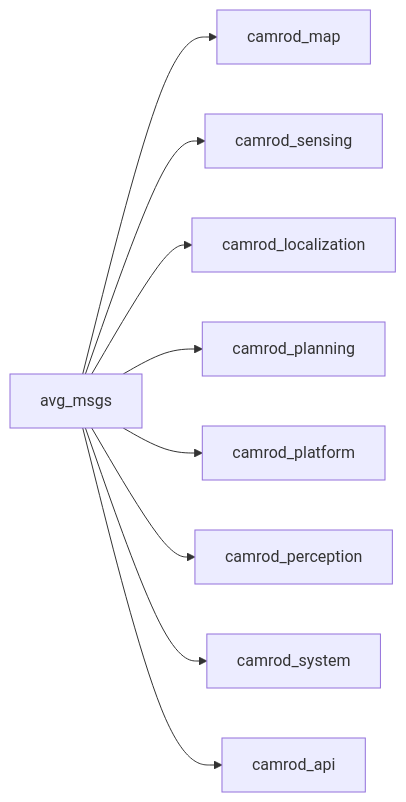
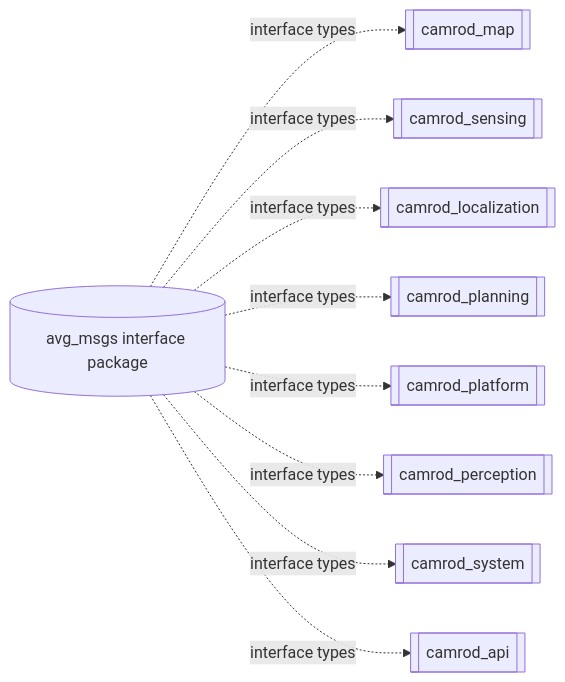
Before and after one commit to hwanhonglee/CAMROD: the second of 2 diagrams in camrod_common/avg_msgs/README.md, drawn with Mermaid. The commit also changed other lines of this file and 13 other files, not shown here.

Commit message:
docs(readme): clarify diagram semantics and avg_msgs interface-only role

````diff
--- a/camrod_common/avg_msgs/README.md
+++ b/camrod_common/avg_msgs/README.md
@@ -23,11 +27,11 @@
 ```mermaid
 graph LR
-  AVG[avg_msgs] --> MAP[camrod_map]
-  AVG --> SENSING[camrod_sensing]
-  AVG --> LOCALIZATION[camrod_localization]
-  AVG --> PLANNING[camrod_planning]
-  AVG --> PLATFORM[camrod_platform]
-  AVG --> PERCEPTION[camrod_perception]
-  AVG --> SYSTEM[camrod_system]
-  AVG --> API[camrod_api]
+  AVG[(avg_msgs interface package)] -. interface types .-> MAP[[camrod_map]]
+  AVG -. interface types .-> SENSING[[camrod_sensing]]
+  AVG -. interface types .-> LOCALIZATION[[camrod_localization]]
+  AVG -. interface types .-> PLANNING[[camrod_planning]]
+  AVG -. interface types .-> PLATFORM[[camrod_platform]]
+  AVG -. interface types .-> PERCEPTION[[camrod_perception]]
+  AVG -. interface types .-> SYSTEM[[camrod_system]]
+  AVG -. interface types .-> API[[camrod_api]]
 ```
````
